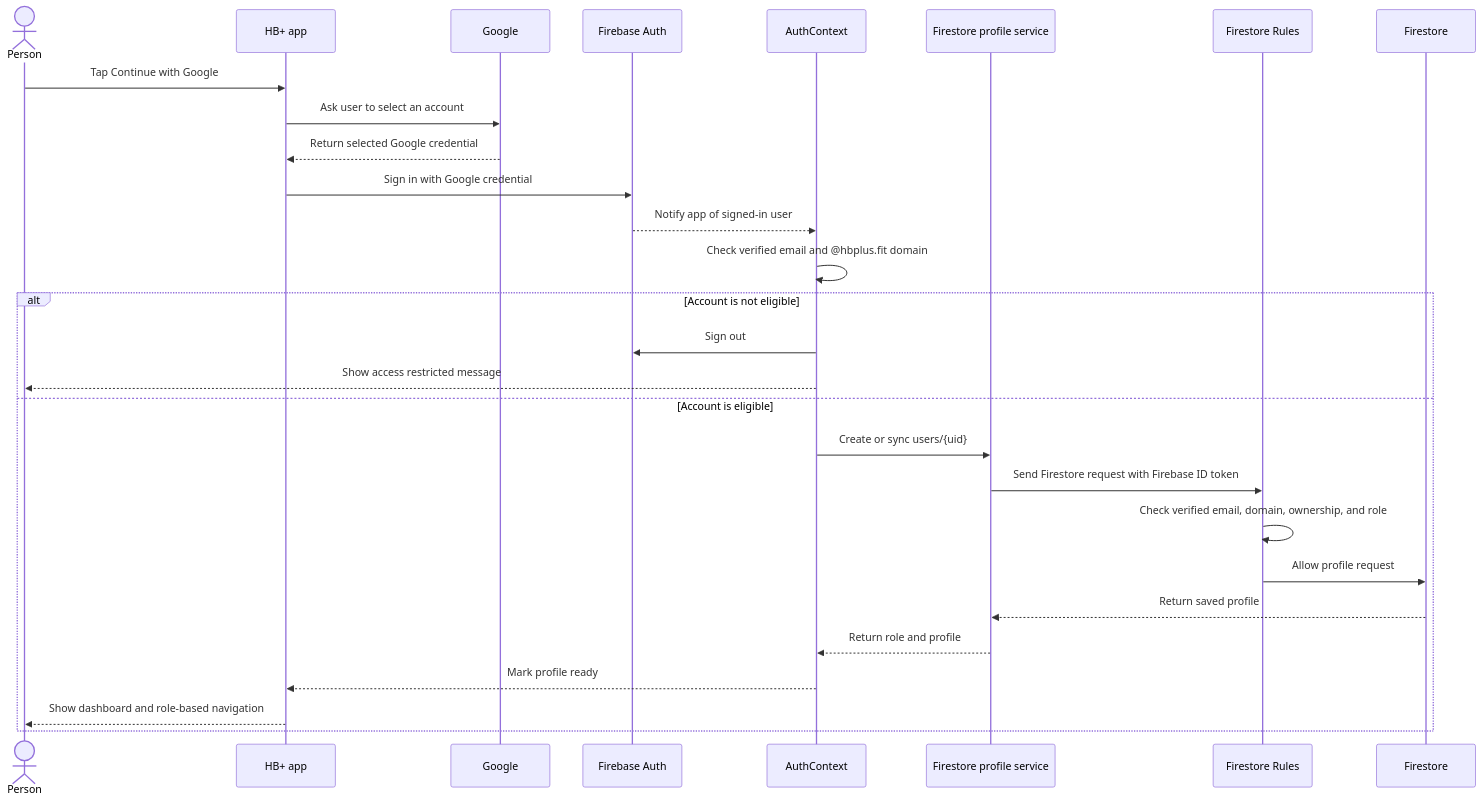
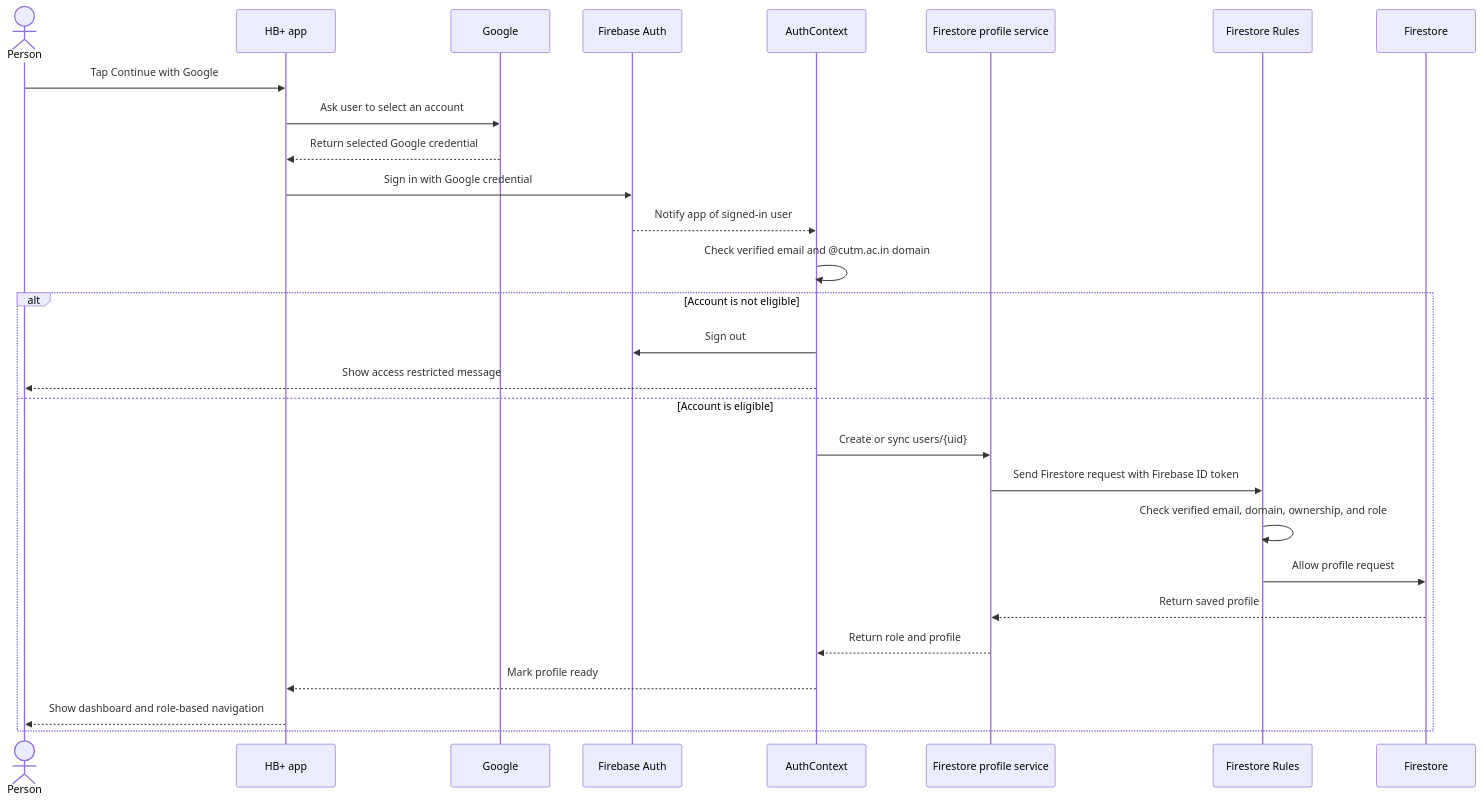
Before and after one commit to subham212/hbplus-auth: the second of 3 diagrams in README.md, drawn with Mermaid. The commit also changed other lines of this file and 11 other files, not shown here.

````diff
--- a/README.md
+++ b/README.md
@@ -80,31 +82,31 @@
 ```mermaid
 sequenceDiagram
     actor Person
     participant App as HB+ app
     participant Google
     participant Auth as Firebase Auth
     participant State as AuthContext
     participant Profile as Firestore profile service
     participant Rules as Firestore Rules
     participant DB as Firestore
 
     Person->>App: Tap Continue with Google
     App->>Google: Ask user to select an account
     Google-->>App: Return selected Google credential
     App->>Auth: Sign in with Google credential
     Auth-->>State: Notify app of signed-in user
-    State->>State: Check verified email and @hbplus.fit domain
+    State->>State: Check verified email and @cutm.ac.in domain
     alt Account is not eligible
         State->>Auth: Sign out
         State-->>Person: Show access restricted message
     else Account is eligible
         State->>Profile: Create or sync users/{uid}
         Profile->>Rules: Send Firestore request with Firebase ID token
         Rules->>Rules: Check verified email, domain, ownership, and role
         Rules->>DB: Allow profile request
         DB-->>Profile: Return saved profile
         Profile-->>State: Return role and profile
         State-->>App: Mark profile ready
         App-->>Person: Show dashboard and role-based navigation
     end
 ```
````
